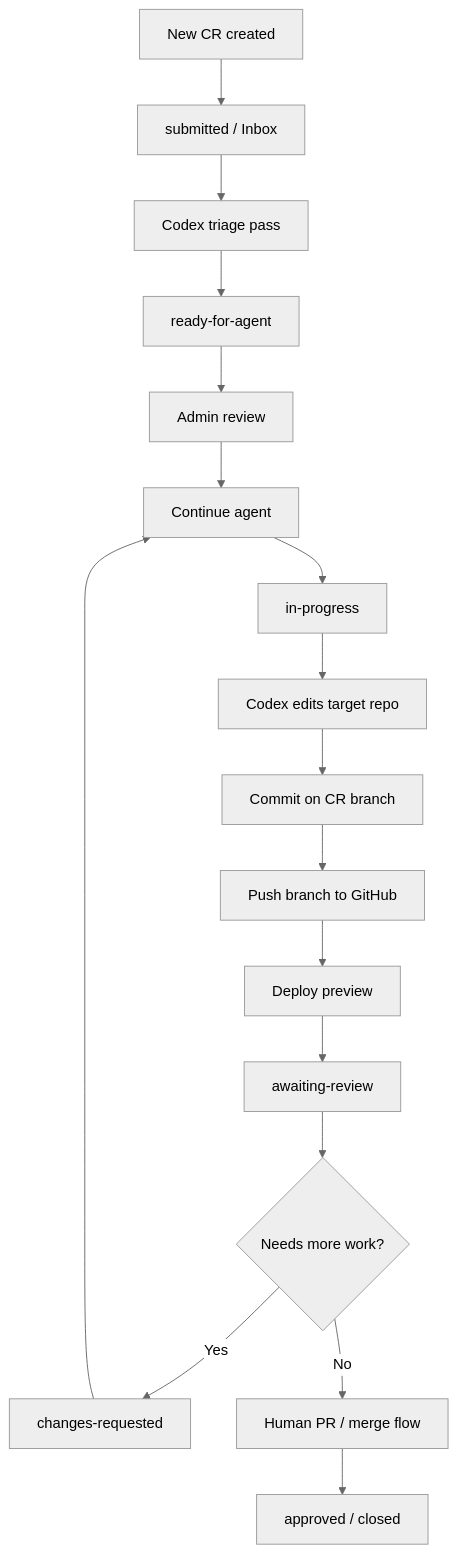
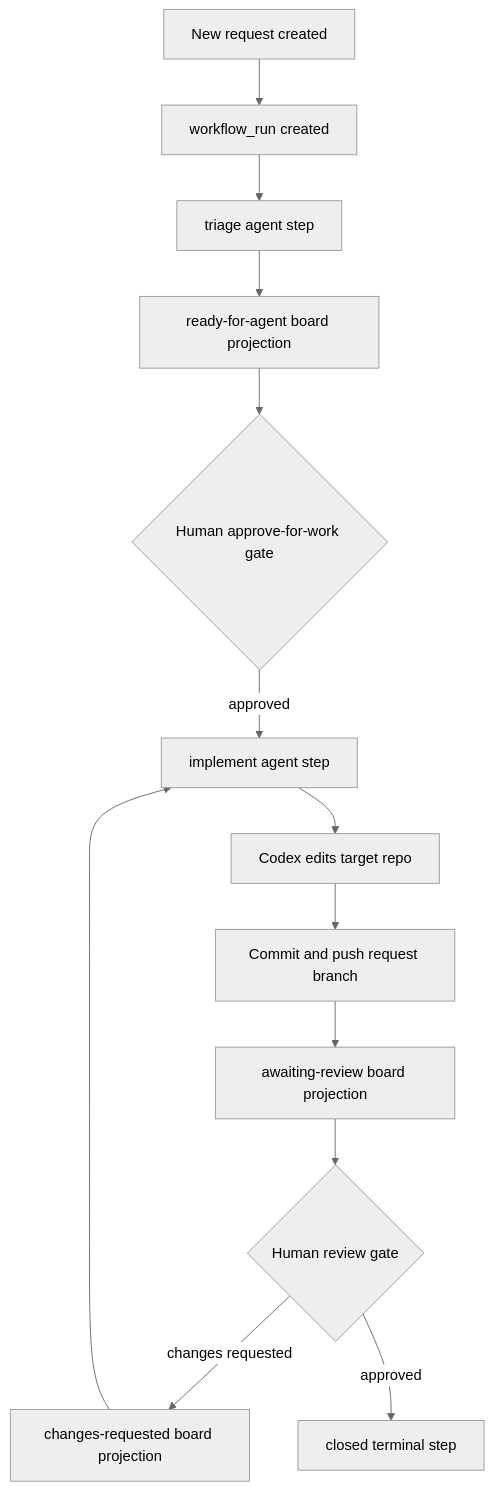
One commit to superprismio/prism-railway-template changed the first of 7 diagrams in docs/change-request-flow.md. Above: the diagram before and after it, drawn with Mermaid (neutral theme). The commit also changed other lines of this file and 29 other files, not shown here.

Commit message:
Add workflow-backed request foundation

````diff
--- a/docs/change-request-flow.md
+++ b/docs/change-request-flow.md
@@ -14,19 +17,15 @@
 ```mermaid
 flowchart TD
-    A[New CR created] --> B[submitted / Inbox]
-    B --> C[Codex triage pass]
-    C --> D[ready-for-agent]
-    D --> E[Admin review]
-    E --> F[Continue agent]
-    F --> G[in-progress]
-    G --> H[Codex edits target repo]
-    H --> I[Commit on CR branch]
-    I --> J[Push branch to GitHub]
-    J --> K[Deploy preview]
-    K --> L[awaiting-review]
-    L --> M{Needs more work?}
-    M -- Yes --> N[changes-requested]
-    N --> F
-    M -- No --> O[Human PR / merge flow]
-    O --> P[approved / closed]
+    A[New request created] --> B[workflow_run created]
+    B --> C[triage agent step]
+    C --> D[ready-for-agent board projection]
+    D --> E{Human approve-for-work gate}
+    E -- approved --> F[implement agent step]
+    F --> G[Codex edits target repo]
+    G --> H[Commit and push request branch]
+    H --> I[awaiting-review board projection]
+    I --> J{Human review gate}
+    J -- changes requested --> K[changes-requested board projection]
+    K --> F
+    J -- approved --> L[closed terminal step]
 ```
````
